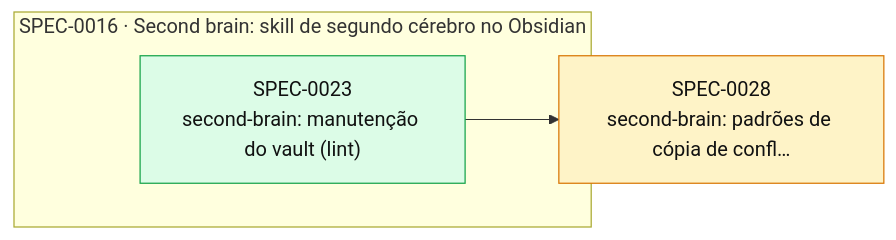
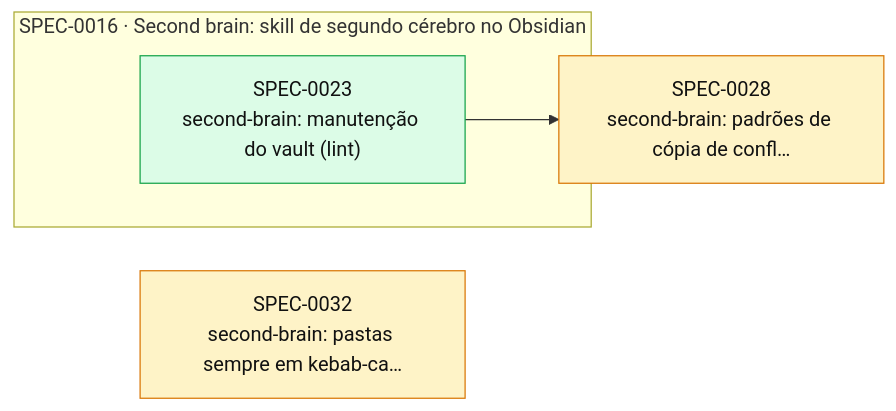
Before and after one commit to thomasravache/ai-dev-brain: the diagram in docs/specs/INDEX.md, drawn with Mermaid. The commit also changed other lines of this file and 1 other file, not shown here.

First line of the commit message:
docs(specs): SPEC-0032 pastas sempre em kebab-case

````diff
--- a/docs/specs/INDEX.md
+++ b/docs/specs/INDEX.md
@@ -48,13 +49,14 @@
 ```mermaid
 flowchart LR
   S0028["SPEC-0028<br/>second-brain: padrões de cópia de confl…"]:::proposed
+  S0032["SPEC-0032<br/>second-brain: pastas sempre em kebab-ca…"]:::proposed
   subgraph E0016["SPEC-0016 · Second brain: skill de segundo cérebro no Obsidian"]
     S0023["SPEC-0023<br/>second-brain: manutenção do vault (lint)"]:::implemented
   end
   S0023 --> S0028
   classDef proposed fill:#fef3c7,stroke:#d97706,color:#111
   classDef approved fill:#dbeafe,stroke:#2563eb,color:#111
   classDef inprogress fill:#ede9fe,stroke:#7c3aed,color:#111
   classDef implemented fill:#dcfce7,stroke:#16a34a,color:#111
   classDef deprecated fill:#f3f4f6,stroke:#9ca3af,color:#6b7280
 ```
````
